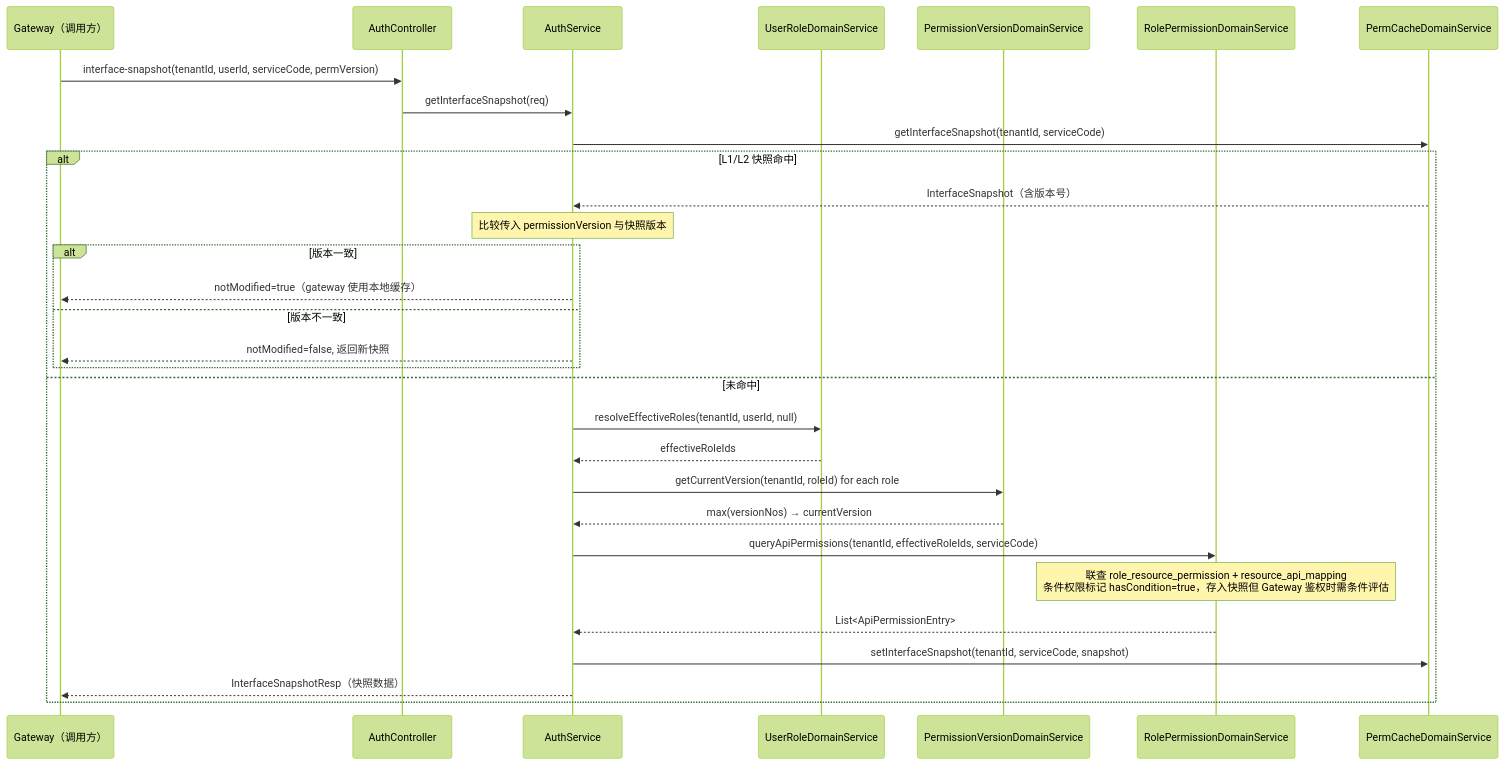
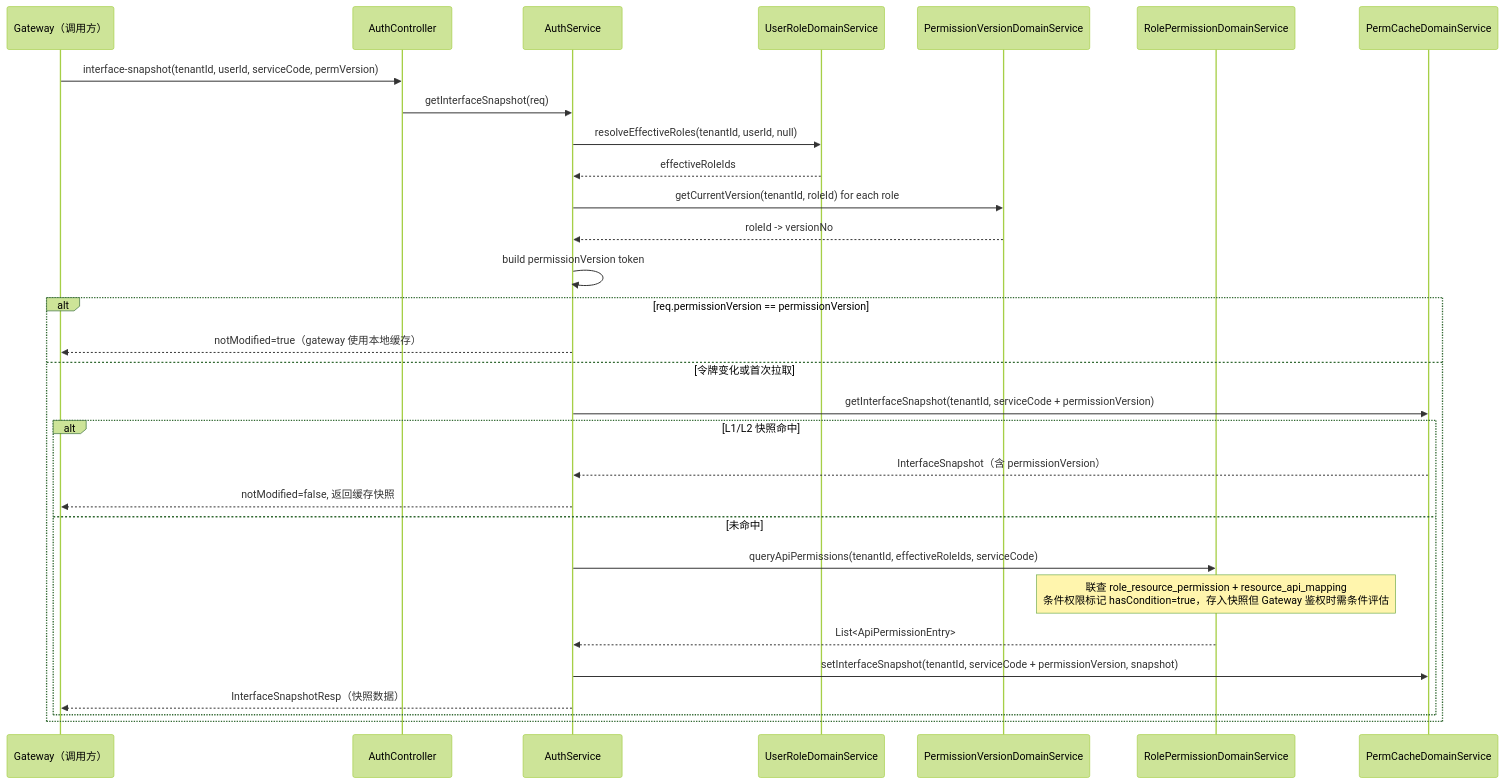
Before and after one commit to fage-org/Access-Mesh: the second of 3 diagrams in plan/permission-center/implementation.md, drawn with Mermaid (forest theme). The commit also changed other lines of this file and 16 other files, not shown here.

````diff
--- a/plan/permission-center/implementation.md
+++ b/plan/permission-center/implementation.md
@@ -534,38 +535,38 @@
 ```mermaid
 sequenceDiagram
     participant GW as Gateway（调用方）
     participant C as AuthController
     participant AS as AuthService
     participant URD as UserRoleDomainService
     participant PVD as PermissionVersionDomainService
     participant RPD as RolePermissionDomainService
     participant CACHE as PermCacheDomainService
 
     GW->>C: interface-snapshot(tenantId, userId, serviceCode, permVersion)
 
     C->>AS: getInterfaceSnapshot(req)
 
-    AS->>CACHE: getInterfaceSnapshot(tenantId, serviceCode)
-    alt L1/L2 快照命中
-        CACHE-->>AS: InterfaceSnapshot（含版本号）
-        Note over AS: 比较传入 permissionVersion 与快照版本
-        alt 版本一致
-            AS-->>GW: notModified=true（gateway 使用本地缓存）
-        else 版本不一致
-            AS-->>GW: notModified=false, 返回新快照
+    AS->>URD: resolveEffectiveRoles(tenantId, userId, null)
+    URD-->>AS: effectiveRoleIds
+
+    AS->>PVD: getCurrentVersion(tenantId, roleId) for each role
+    PVD-->>AS: roleId -> versionNo
+    AS->>AS: build permissionVersion token
+
+    alt req.permissionVersion == permissionVersion
+        AS-->>GW: notModified=true（gateway 使用本地缓存）
+    else 令牌变化或首次拉取
+        AS->>CACHE: getInterfaceSnapshot(tenantId, serviceCode + permissionVersion)
+        alt L1/L2 快照命中
+            CACHE-->>AS: InterfaceSnapshot（含 permissionVersion）
+            AS-->>GW: notModified=false, 返回缓存快照
+        else 未命中
+            AS->>RPD: queryApiPermissions(tenantId, effectiveRoleIds, serviceCode)
+            Note over RPD: 联查 role_resource_permission + resource_api_mapping<br/>条件权限标记 hasCondition=true，存入快照但 Gateway 鉴权时需条件评估
+            RPD-->>AS: List<ApiPermissionEntry>
+
+            AS->>CACHE: setInterfaceSnapshot(tenantId, serviceCode + permissionVersion, snapshot)
+            AS-->>GW: InterfaceSnapshotResp（快照数据）
         end
-    else 未命中
-        AS->>URD: resolveEffectiveRoles(tenantId, userId, null)
-        URD-->>AS: effectiveRoleIds
-
-        AS->>PVD: getCurrentVersion(tenantId, roleId) for each role
-        PVD-->>AS: max(versionNos) → currentVersion
-
-        AS->>RPD: queryApiPermissions(tenantId, effectiveRoleIds, serviceCode)
-        Note over RPD: 联查 role_resource_permission + resource_api_mapping<br/>条件权限标记 hasCondition=true，存入快照但 Gateway 鉴权时需条件评估
-        RPD-->>AS: List<ApiPermissionEntry>
-
-        AS->>CACHE: setInterfaceSnapshot(tenantId, serviceCode, snapshot)
-        AS-->>GW: InterfaceSnapshotResp（快照数据）
     end
 ```
````
